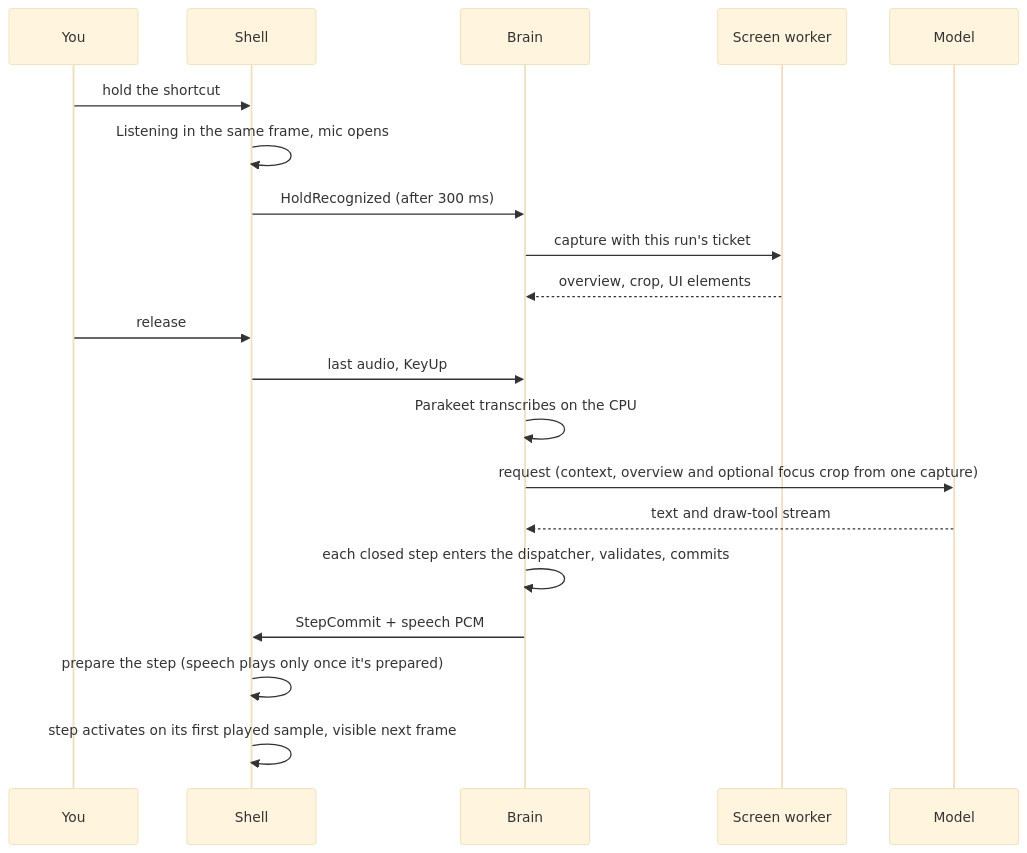
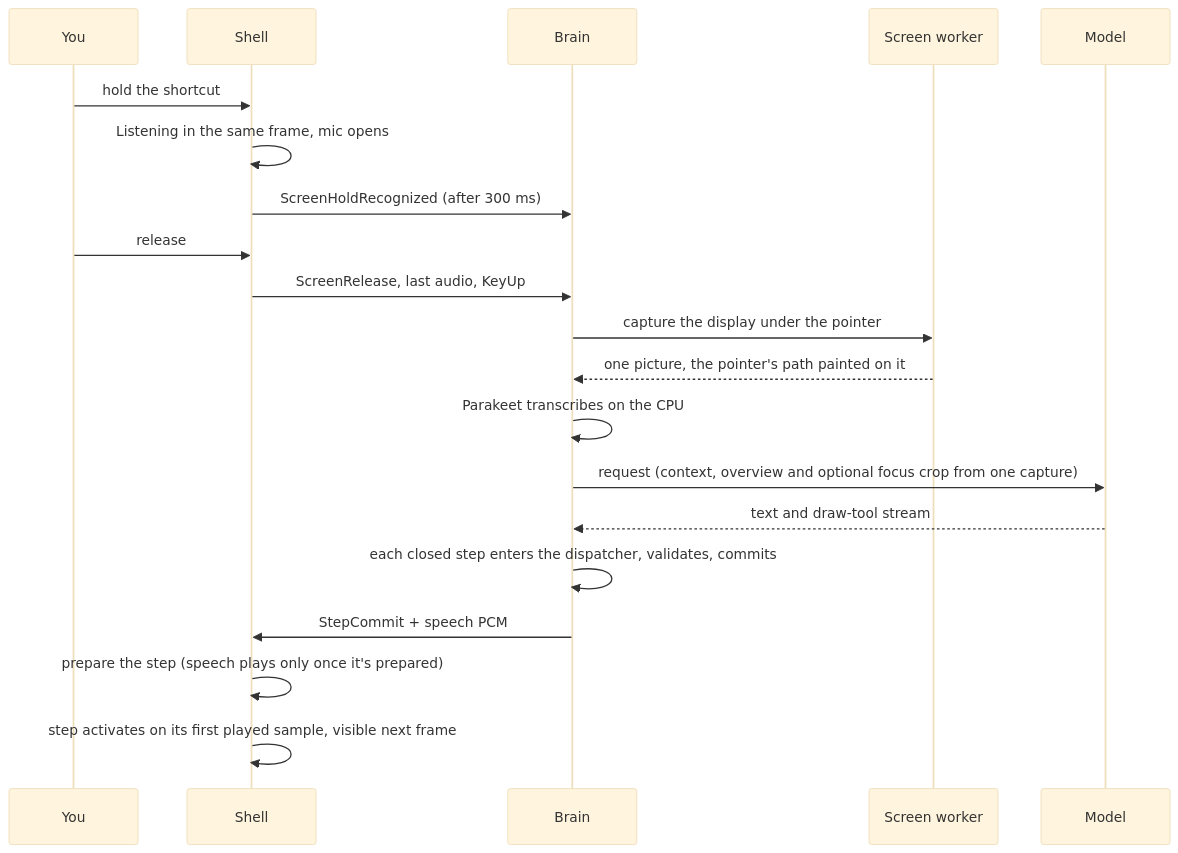
Before and after one commit to labcoder/capsula: the fourth of 7 diagrams in docs/development/architecture.md, drawn with Mermaid (base theme). The commit also changed 42 other files, not shown here.

Commit message:
feat(shell): draw the pointer's path and send the screen at release

````diff
--- a/docs/development/architecture.md
+++ b/docs/development/architecture.md
@@ -128,22 +128,22 @@
 ```mermaid
 sequenceDiagram
   participant U as You
   participant Sh as Shell
   participant Br as Brain
   participant Sw as Screen worker
   participant M as Model
   U->>Sh: hold the shortcut
   Sh->>Sh: Listening in the same frame, mic opens
-  Sh->>Br: HoldRecognized (after 300 ms)
-  Br->>Sw: capture with this run's ticket
-  Sw-->>Br: overview, crop, UI elements
+  Sh->>Br: ScreenHoldRecognized (after 300 ms)
   U->>Sh: release
-  Sh->>Br: last audio, KeyUp
+  Sh->>Br: ScreenRelease, last audio, KeyUp
+  Br->>Sw: capture the display under the pointer
+  Sw-->>Br: one picture, the pointer's path painted on it
   Br->>Br: Parakeet transcribes on the CPU
   Br->>M: request (context, overview and optional focus crop from one capture)
   M-->>Br: text and draw-tool stream
   Br->>Br: each closed step enters the dispatcher, validates, commits
   Br->>Sh: StepCommit + speech PCM
   Sh->>Sh: prepare the step (speech plays only once it's prepared)
   Sh->>Sh: step activates on its first played sample, visible next frame
 ```
````
